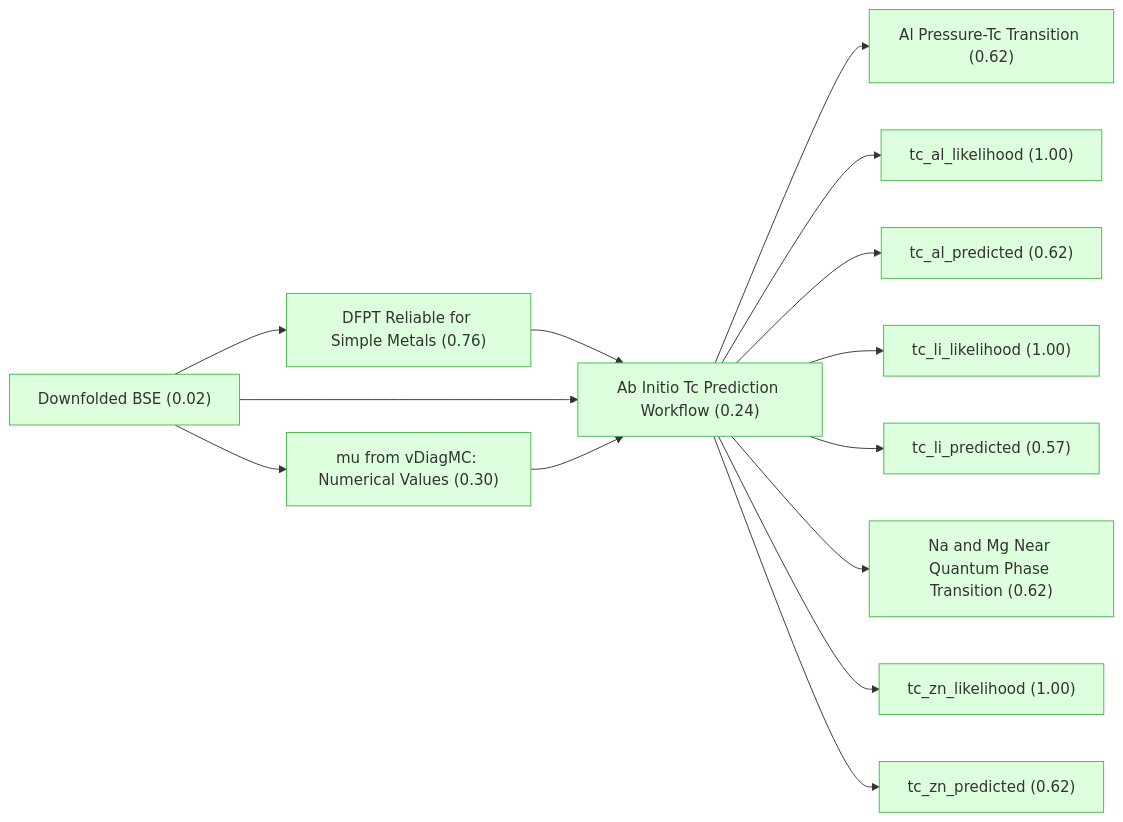
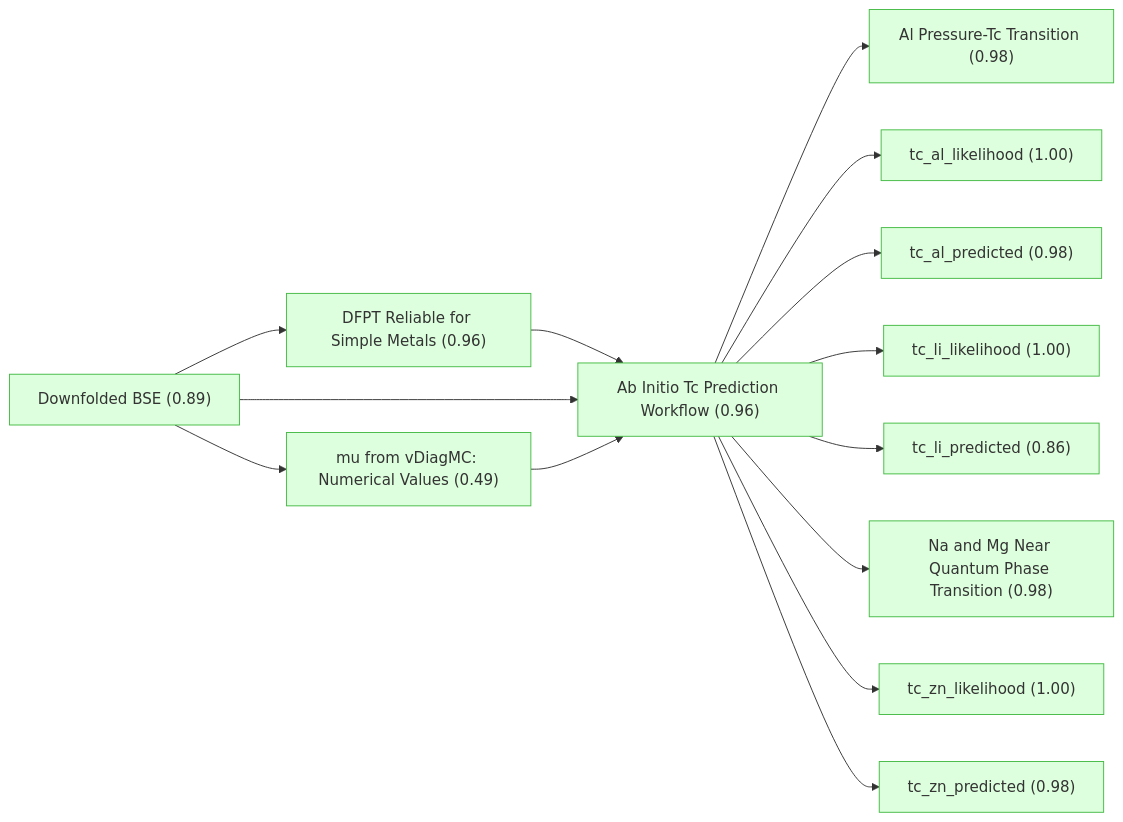
One commit to kunyuan/SuperconductivityElectronLiquids.gaia changed the first of 6 diagrams in docs/detailed-reasoning.md. Above: the diagram before and after it, drawn with Mermaid. The commit also changed other lines of this file and 21 other files, not shown here.

````diff
--- a/docs/detailed-reasoning.md
+++ b/docs/detailed-reasoning.md
@@ -7,38 +7,38 @@
 ```mermaid
 graph LR
-    downfolded_bse["Downfolded BSE (0.02)"]:::derived
-    mu_vdiagmc_values["mu from vDiagMC: Numerical Values (0.30)"]:::derived
-    dfpt_reliable_for_simple_metals["DFPT Reliable for Simple Metals (0.76)"]:::derived
-    ab_initio_workflow["Ab Initio Tc Prediction Workflow (0.24)"]:::derived
-    al_pressure_transition["Al Pressure-Tc Transition (0.62)"]:::derived
-    tc_mg_na_near_qpt["Na and Mg Near Quantum Phase Transition (0.62)"]:::derived
-    tc_al_predicted["tc_al_predicted (0.62)"]:::derived
+    downfolded_bse["Downfolded BSE (0.89)"]:::derived
+    mu_vdiagmc_values["mu from vDiagMC: Numerical Values (0.49)"]:::derived
+    dfpt_reliable_for_simple_metals["DFPT Reliable for Simple Metals (0.96)"]:::derived
+    ab_initio_workflow["Ab Initio Tc Prediction Workflow (0.96)"]:::derived
+    al_pressure_transition["Al Pressure-Tc Transition (0.98)"]:::derived
+    tc_mg_na_near_qpt["Na and Mg Near Quantum Phase Transition (0.98)"]:::derived
+    tc_al_predicted["tc_al_predicted (0.98)"]:::derived
     tc_al_likelihood["tc_al_likelihood (1.00)"]:::derived
-    tc_zn_predicted["tc_zn_predicted (0.62)"]:::derived
+    tc_zn_predicted["tc_zn_predicted (0.98)"]:::derived
     tc_zn_likelihood["tc_zn_likelihood (1.00)"]:::derived
-    tc_li_predicted["tc_li_predicted (0.57)"]:::derived
+    tc_li_predicted["tc_li_predicted (0.86)"]:::derived
     tc_li_likelihood["tc_li_likelihood (1.00)"]:::derived
     ab_initio_workflow --> al_pressure_transition
     ab_initio_workflow --> tc_al_likelihood
     ab_initio_workflow --> tc_al_predicted
     ab_initio_workflow --> tc_li_likelihood
     ab_initio_workflow --> tc_li_predicted
     ab_initio_workflow --> tc_mg_na_near_qpt
     ab_initio_workflow --> tc_zn_likelihood
     ab_initio_workflow --> tc_zn_predicted
     dfpt_reliable_for_simple_metals --> ab_initio_workflow
     downfolded_bse --> ab_initio_workflow
     downfolded_bse --> dfpt_reliable_for_simple_metals
     downfolded_bse --> mu_vdiagmc_values
     mu_vdiagmc_values --> ab_initio_workflow
 
     classDef note fill:#f0f0f0,stroke:#999,color:#333
     classDef premise fill:#ddeeff,stroke:#4488bb,color:#333
     classDef derived fill:#ddffdd,stroke:#44bb44,color:#333
     classDef question fill:#fff3dd,stroke:#cc9944,color:#333
     classDef background fill:#f5f5f5,stroke:#bbb,stroke-dasharray: 5 5,color:#333
     classDef orphan fill:#fff,stroke:#ccc,stroke-dasharray: 5 5,color:#333
     classDef external fill:#fff,stroke:#aaa,stroke-dasharray: 3 3,color:#333
     classDef weak fill:#fff9c4,stroke:#f9a825,stroke-dasharray: 5 5,color:#333
     classDef contra fill:#ffebee,stroke:#c62828,color:#333
 ```
````
